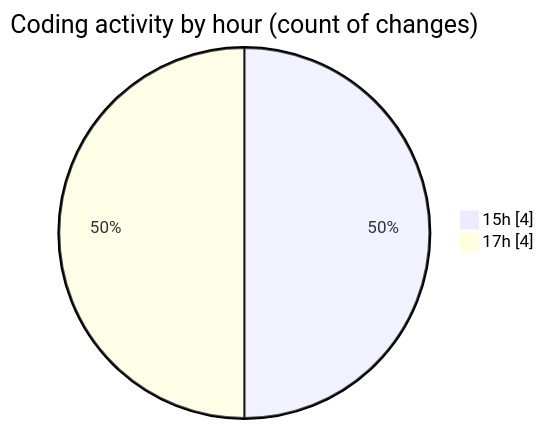
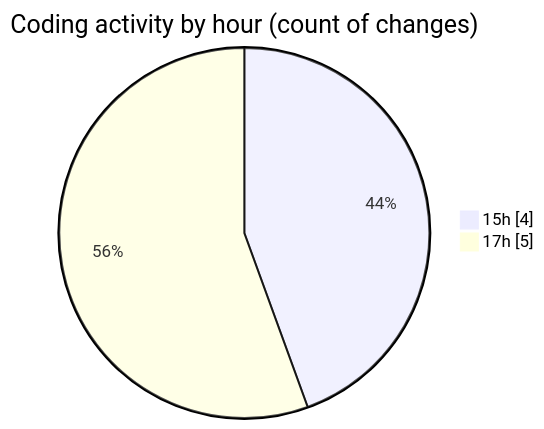
One commit to NitaiMahat/code-tracking changed the second of 2 diagrams in 2025-02-07/coding_prac_2/README.md. Above: the diagram before and after it, drawn with Mermaid. The commit also changed other lines of this file and 1 other file, not shown here.

````diff
--- a/2025-02-07/coding_prac_2/README.md
+++ b/2025-02-07/coding_prac_2/README.md
@@ -31,6 +31,6 @@
 ```mermaid
 pie showData
 title Coding activity by hour (count of changes)
 "15h" : 4
-"17h" : 4
+"17h" : 5
 ```
````
